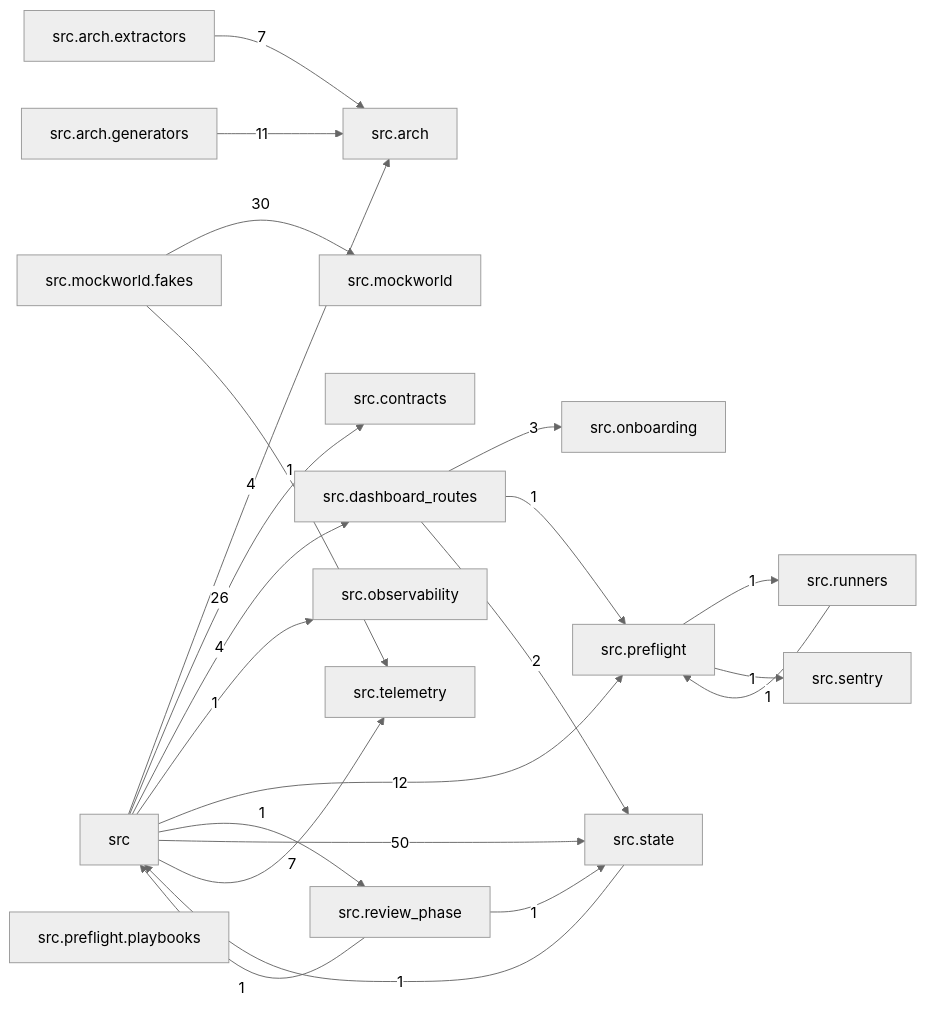
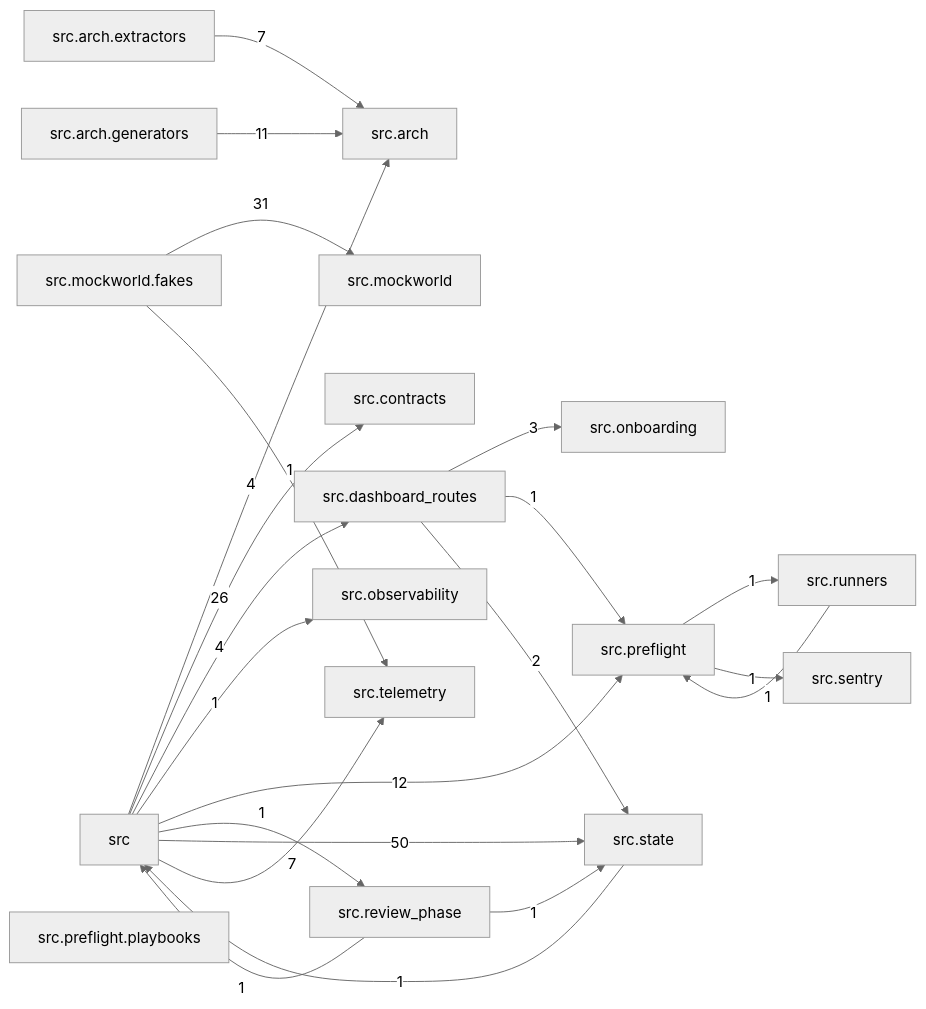
One commit to T-rav/hydraflow changed the diagram in docs/arch/generated/modules.md. Above: the diagram before and after it, drawn with Mermaid (neutral theme). The commit also changed 4 other files, not shown here.

````diff
--- a/docs/arch/generated/modules.md
+++ b/docs/arch/generated/modules.md
@@ -7,41 +7,41 @@
 ```mermaid
 graph LR
     src["src"]
     src_arch["src.arch"]
     src_arch_extractors["src.arch.extractors"]
     src_arch_generators["src.arch.generators"]
     src_contracts["src.contracts"]
     src_dashboard_routes["src.dashboard_routes"]
     src_mockworld["src.mockworld"]
     src_mockworld_fakes["src.mockworld.fakes"]
     src_observability["src.observability"]
     src_onboarding["src.onboarding"]
     src_preflight["src.preflight"]
     src_preflight_playbooks["src.preflight.playbooks"]
     src_review_phase["src.review_phase"]
     src_runners["src.runners"]
     src_sentry["src.sentry"]
     src_state["src.state"]
     src_telemetry["src.telemetry"]
     src -- "4" --> src_arch
     src -- "26" --> src_contracts
     src -- "4" --> src_dashboard_routes
     src -- "1" --> src_observability
     src -- "12" --> src_preflight
     src -- "1" --> src_review_phase
     src -- "50" --> src_state
     src -- "7" --> src_telemetry
     src_arch_extractors -- "7" --> src_arch
     src_arch_generators -- "11" --> src_arch
     src_dashboard_routes -- "3" --> src_onboarding
     src_dashboard_routes -- "1" --> src_preflight
     src_dashboard_routes -- "2" --> src_state
-    src_mockworld_fakes -- "30" --> src_mockworld
+    src_mockworld_fakes -- "31" --> src_mockworld
     src_mockworld_fakes -- "1" --> src_telemetry
     src_preflight -- "1" --> src_runners
     src_preflight -- "1" --> src_sentry
     src_review_phase -- "1" --> src
     src_review_phase -- "1" --> src_state
     src_runners -- "1" --> src_preflight
     src_state -- "1" --> src
 ```
````
